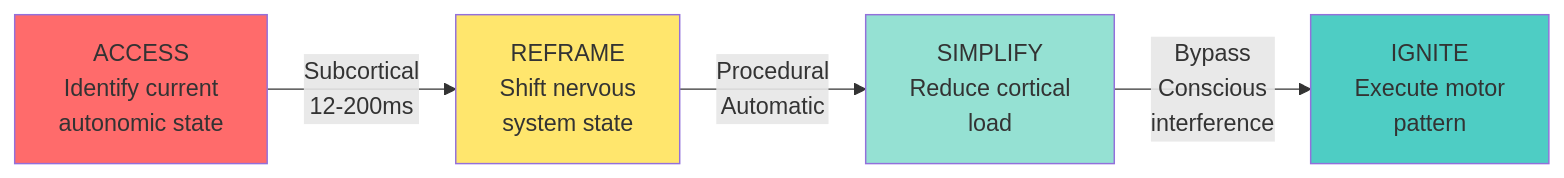
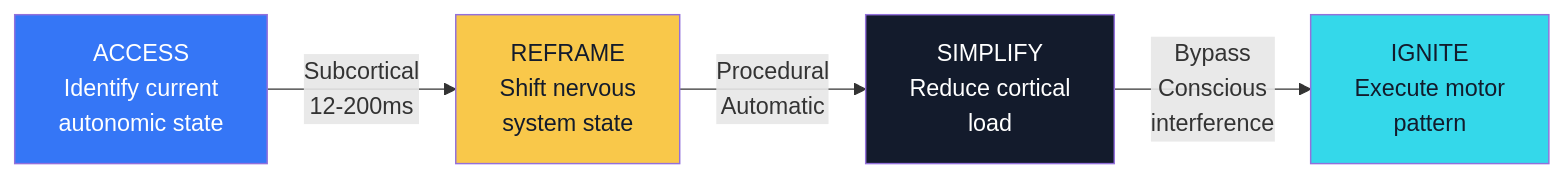
Before and after one commit to Feirbrand/synoeticos-public: the third of 6 diagrams in docs/elevation-grid/index.qmd, drawn with Mermaid. The commit also changed other lines of this file and 2 other files, not shown here.

````diff
--- a/docs/elevation-grid/index.qmd
+++ b/docs/elevation-grid/index.qmd
@@ -89,13 +94,13 @@
 ```{mermaid}
 graph LR
     A["ACCESS<br/>Identify current<br/>autonomic state"] -->|"Subcortical<br/>12-200ms"| B["REFRAME<br/>Shift nervous<br/>system state"]
     
     B -->|"Procedural<br/>Automatic"| C["SIMPLIFY<br/>Reduce cortical<br/>load"]
     
     C -->|"Bypass<br/>Conscious<br/>interference"| D["IGNITE<br/>Execute motor<br/>pattern"]
     
-    style A fill:#ff6b6b
-    style B fill:#ffe66d
-    style C fill:#95e1d3
-    style D fill:#4ecdc4
+    style A fill:#3576F6,color:#FFFFFF
+    style B fill:#F9C84A,color:#131B2C
+    style C fill:#131B2C,color:#FFFFFF
+    style D fill:#34D8EA,color:#131B2C
 ```
````
